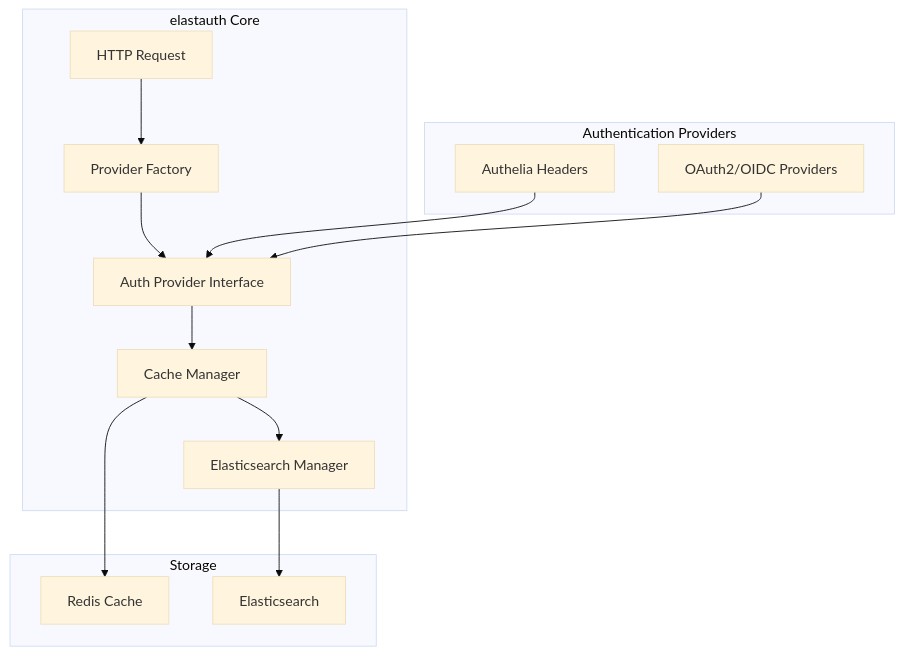
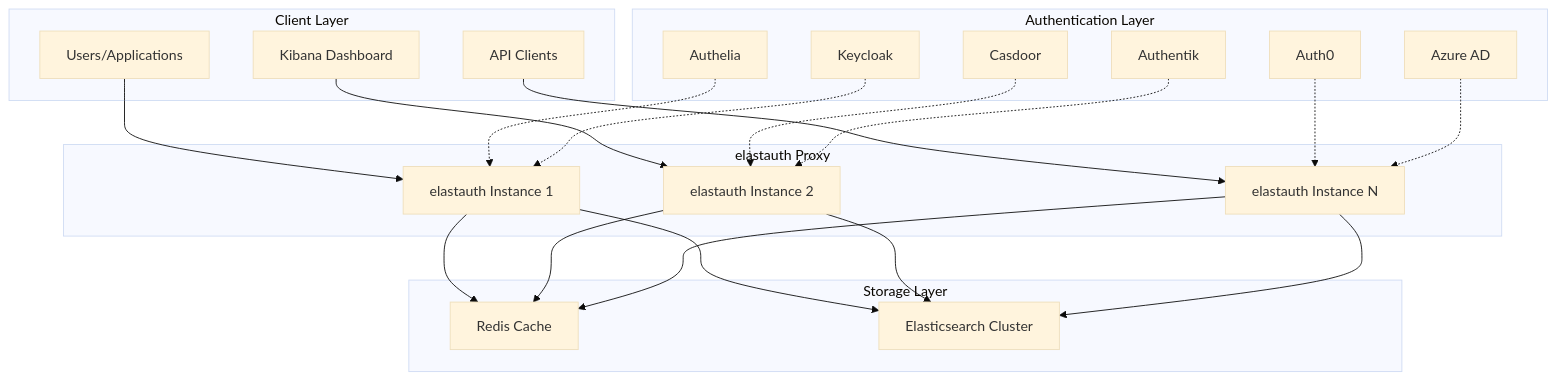
One commit to wasilak/elastauth changed the first of 2 diagrams in docs/src/content/docs/index.mdx. Above: the diagram before and after it, drawn with Mermaid (base theme). The commit also changed other lines of this file and 6 other files, not shown here.

````diff
--- a/docs/src/content/docs/index.mdx
+++ b/docs/src/content/docs/index.mdx
@@ -28,24 +67,47 @@
 ```mermaid
 graph TB
-    subgraph "Authentication Providers"
-        A[Authelia Headers]
-        O[OAuth2/OIDC Providers]
+    subgraph "Client Layer"
+        U[Users/Applications]
+        K[Kibana Dashboard]
+        API[API Clients]
     end
     
-    subgraph "elastauth Core"
-        R[HTTP Request] --> PF[Provider Factory]
-        PF --> AP[Auth Provider Interface]
-        AP --> CM[Cache Manager]
-        CM --> EM[Elasticsearch Manager]
+    subgraph "Authentication Layer"
+        A[Authelia]
+        KC[Keycloak]
+        CD[Casdoor]
+        AT[Authentik]
+        A0[Auth0]
+        AZ[Azure AD]
     end
     
-    subgraph "Storage"
-        RC[Redis Cache]
-        ES[Elasticsearch]
+    subgraph "elastauth Proxy"
+        EA[elastauth Instance 1]
+        EB[elastauth Instance 2]
+        EC[elastauth Instance N]
     end
     
-    A --> AP
-    O --> AP
-    CM --> RC
-    EM --> ES
+    subgraph "Storage Layer"
+        RC[Redis Cache]
+        ES[Elasticsearch Cluster]
+    end
+    
+    U --> EA
+    K --> EB
+    API --> EC
+    
+    A -.-> EA
+    KC -.-> EA
+    CD -.-> EB
+    AT -.-> EB
+    A0 -.-> EC
+    AZ -.-> EC
+    
+    EA --> RC
+    EB --> RC
+    EC --> RC
+    
+    EA --> ES
+    EB --> ES
+    EC --> ES
 ```
````
